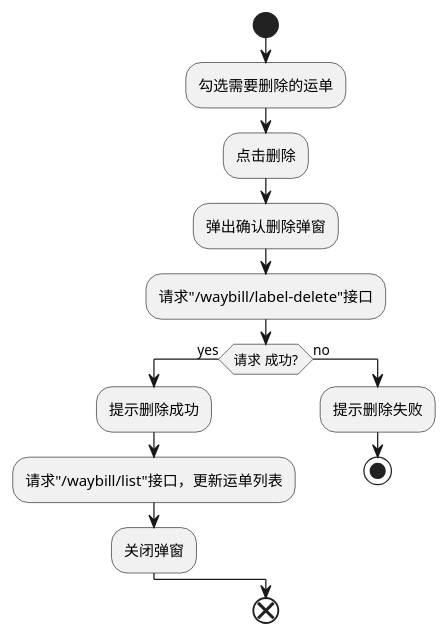
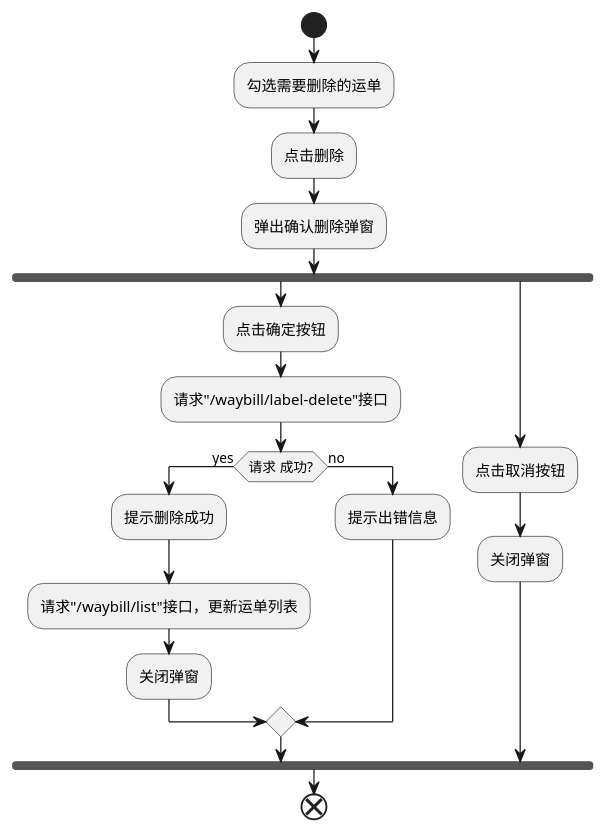
One commit to futurekidult/lis changed the diagram in docs/development-flow-diagram.puml/logistics-list/delete-waybill.puml. Above: the diagram before and after it, drawn with PlantUML. The commit also changed 11 other files, not shown here.

```diff
--- a/docs/development-flow-diagram.puml/logistics-list/delete-waybill.puml
+++ b/docs/development-flow-diagram.puml/logistics-list/delete-waybill.puml
@@ -1,18 +1,23 @@
 @startuml
 
 start
 :勾选需要删除的运单;
 :点击删除;
 :弹出确认删除弹窗;
-:请求"/waybill/label-delete"接口;
-if(请求 成功?) then (yes)
-  :提示删除成功;
-  :请求"/waybill/list"接口，更新运单列表;
-  :关闭弹窗;
-else (no)
-  :提示删除失败;
-  stop
-endif
+fork
+  :点击确定按钮;
+  :请求"/waybill/label-delete"接口;
+  if(请求 成功?) then (yes)
+    :提示删除成功;
+    :请求"/waybill/list"接口，更新运单列表;
+    :关闭弹窗;
+  else (no)
+    :提示出错信息;
+  endif
+  fork again
+    :点击取消按钮;
+    :关闭弹窗;
+  end fork
 end
 
 @enduml
```
